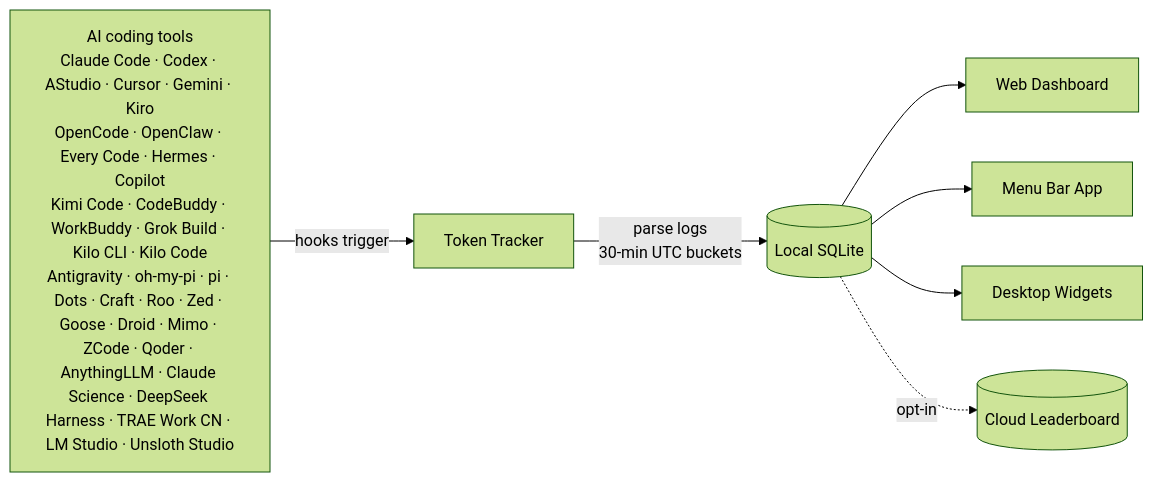
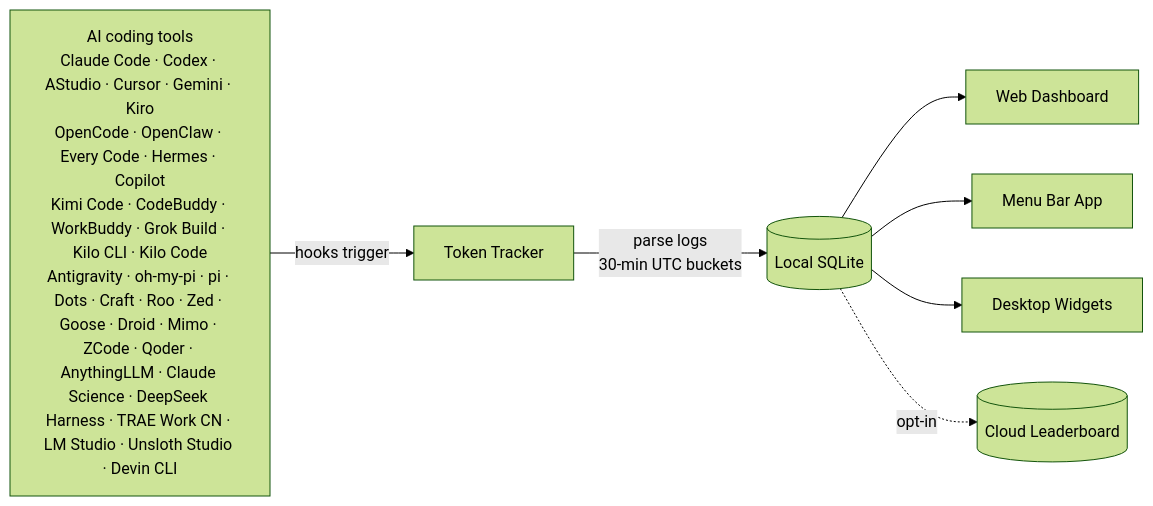
Before and after one commit to GboyCode/TokenTracker: the diagram in README.md, drawn with Mermaid (forest theme). The commit also changed other lines of this file and 22 other files, not shown here.

First line of the commit message:
feat: track local Devin CLI token usage as a passive source

````diff
--- a/README.md
+++ b/README.md
@@ -312,10 +313,10 @@
 ```mermaid
 flowchart LR
-    A["AI coding tools<br/>Claude Code · Codex · AStudio · Cursor · Gemini · Kiro<br/>OpenCode · OpenClaw · Every Code · Hermes · Copilot<br/>Kimi Code · CodeBuddy · WorkBuddy · Grok Build · Kilo CLI · Kilo Code<br/>Antigravity · oh-my-pi · pi · Dots · Craft · Roo · Zed · Goose · Droid · Mimo · ZCode · Qoder · AnythingLLM · Claude Science · DeepSeek Harness · TRAE Work CN · LM Studio · Unsloth Studio"]
+    A["AI coding tools<br/>Claude Code · Codex · AStudio · Cursor · Gemini · Kiro<br/>OpenCode · OpenClaw · Every Code · Hermes · Copilot<br/>Kimi Code · CodeBuddy · WorkBuddy · Grok Build · Kilo CLI · Kilo Code<br/>Antigravity · oh-my-pi · pi · Dots · Craft · Roo · Zed · Goose · Droid · Mimo · ZCode · Qoder · AnythingLLM · Claude Science · DeepSeek Harness · TRAE Work CN · LM Studio · Unsloth Studio · Devin CLI"]
     A -->|hooks trigger| B[Token Tracker]
     B -->|parse logs<br/>30-min UTC buckets| C[(Local SQLite)]
     C --> D[Web Dashboard]
     C --> E[Menu Bar App]
     C --> F[Desktop Widgets]
     C -.->|opt-in| G[(Cloud Leaderboard)]
 ```
````
